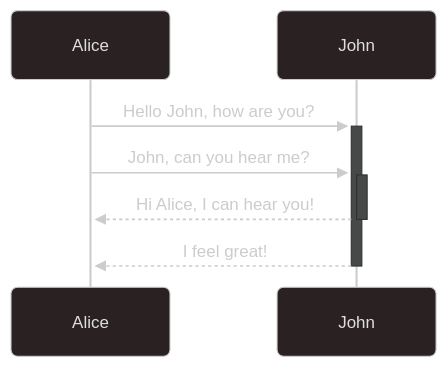
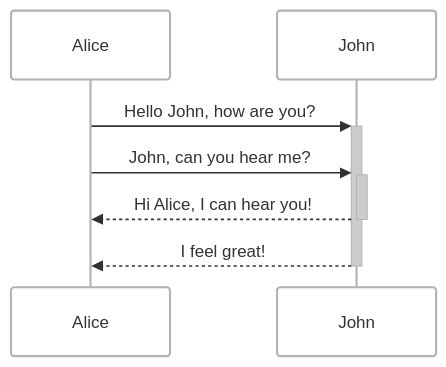
Diagram 16 of 25 in content/blog/1900-01-01-test-mermaid.md (end2endzone/end2endzone-hugo), drawn with Mermaid before and after one commit. The commit also changed other lines of this file and 1 other file, not shown here.

Commit message:
Extending mermaid theme 'forest' for compatibility with site's background color.

````diff
--- a/content/blog/1900-01-01-test-mermaid.md
+++ b/content/blog/1900-01-01-test-mermaid.md
@@ -139,12 +223,11 @@
 ```mermaid
 ---
 config:
-  look: neo
-  theme: neo-dark
+  theme: neo
 ---
 sequenceDiagram
     Alice->>+John: Hello John, how are you?
     Alice->>+John: John, can you hear me?
     John-->>-Alice: Hi Alice, I can hear you!
     John-->>-Alice: I feel great!
 ```
````
